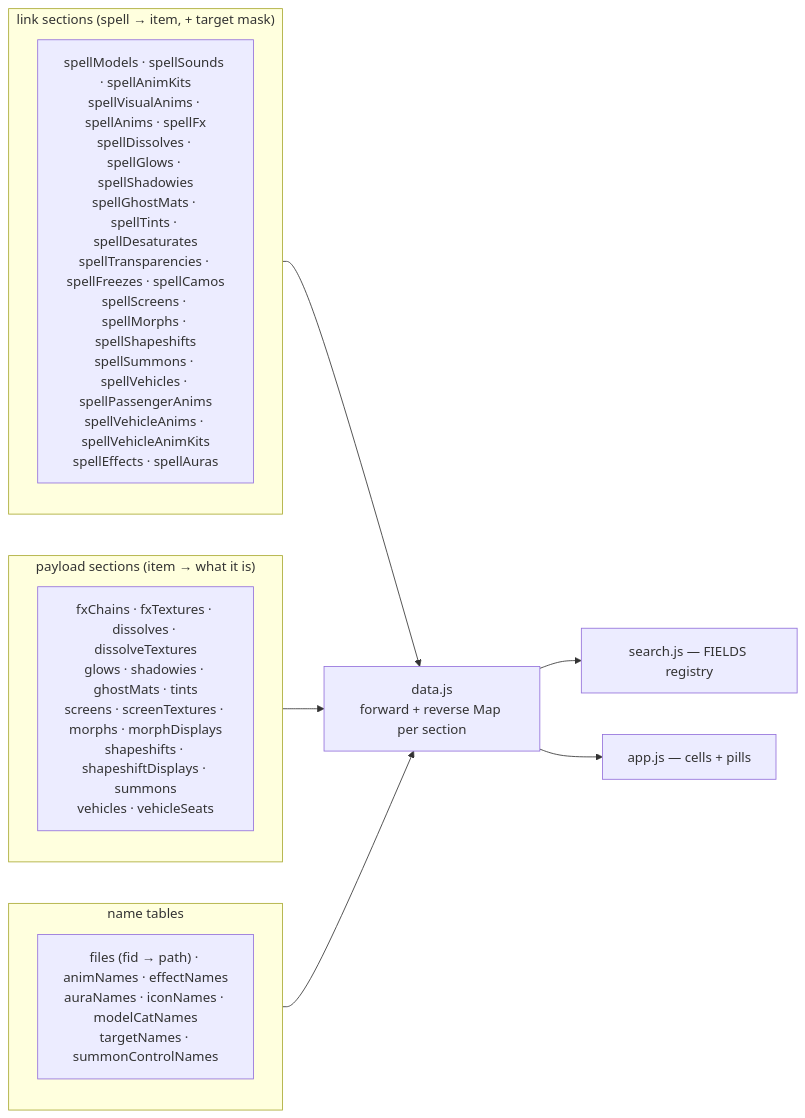
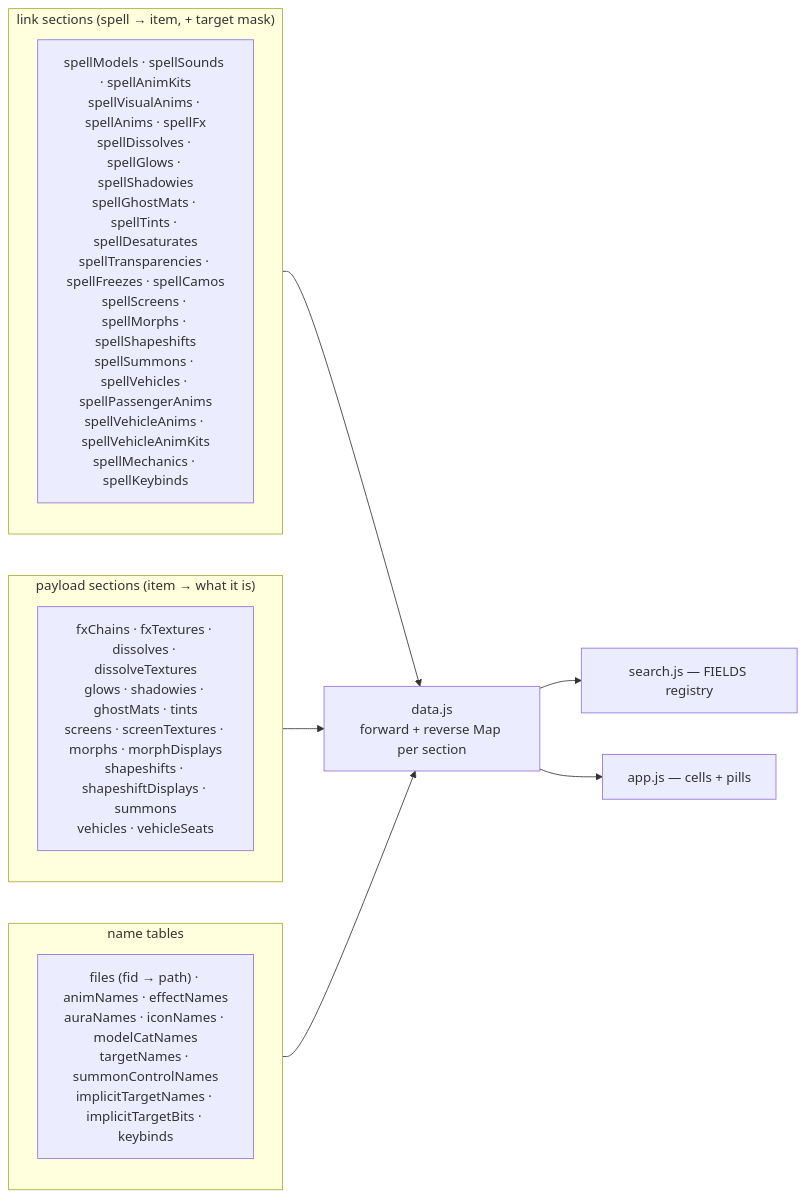
Diagram 15 of 16 in DATA_ROUTES.md (Natans8/Epsilook), drawn with Mermaid before and after one commit. The commit also changed other lines of this file and 19 other files, not shown here.

````diff
--- a/DATA_ROUTES.md
+++ b/DATA_ROUTES.md
@@ -624,17 +751,17 @@
 ```mermaid
 flowchart LR
   subgraph LINK["link sections (spell → item, + target mask)"]
-    L1["spellModels · spellSounds · spellAnimKits<br/>spellVisualAnims · spellAnims · spellFx<br/>spellDissolves · spellGlows · spellShadowies<br/>spellGhostMats · spellTints · spellDesaturates<br/>spellTransparencies · spellFreezes · spellCamos<br/>spellScreens · spellMorphs · spellShapeshifts<br/>spellSummons · spellVehicles · spellPassengerAnims<br/>spellVehicleAnims · spellVehicleAnimKits<br/>spellEffects · spellAuras"]
+    L1["spellModels · spellSounds · spellAnimKits<br/>spellVisualAnims · spellAnims · spellFx<br/>spellDissolves · spellGlows · spellShadowies<br/>spellGhostMats · spellTints · spellDesaturates<br/>spellTransparencies · spellFreezes · spellCamos<br/>spellScreens · spellMorphs · spellShapeshifts<br/>spellSummons · spellVehicles · spellPassengerAnims<br/>spellVehicleAnims · spellVehicleAnimKits<br/>spellMechanics · spellKeybinds"]
   end
   subgraph PAY["payload sections (item → what it is)"]
     P1["fxChains · fxTextures · dissolves · dissolveTextures<br/>glows · shadowies · ghostMats · tints<br/>screens · screenTextures · morphs · morphDisplays<br/>shapeshifts · shapeshiftDisplays · summons<br/>vehicles · vehicleSeats"]
   end
   subgraph NAME["name tables"]
-    N1["files (fid → path) · animNames · effectNames<br/>auraNames · iconNames · modelCatNames<br/>targetNames · summonControlNames"]
+    N1["files (fid → path) · animNames · effectNames<br/>auraNames · iconNames · modelCatNames<br/>targetNames · summonControlNames<br/>implicitTargetNames · implicitTargetBits · keybinds"]
   end
   LINK --> IDX["data.js<br/>forward + reverse Map per section"]
   PAY --> IDX
   NAME --> IDX
   IDX --> Q["search.js — FIELDS registry"]
   IDX --> R["app.js — cells + pills"]
 ```
````
